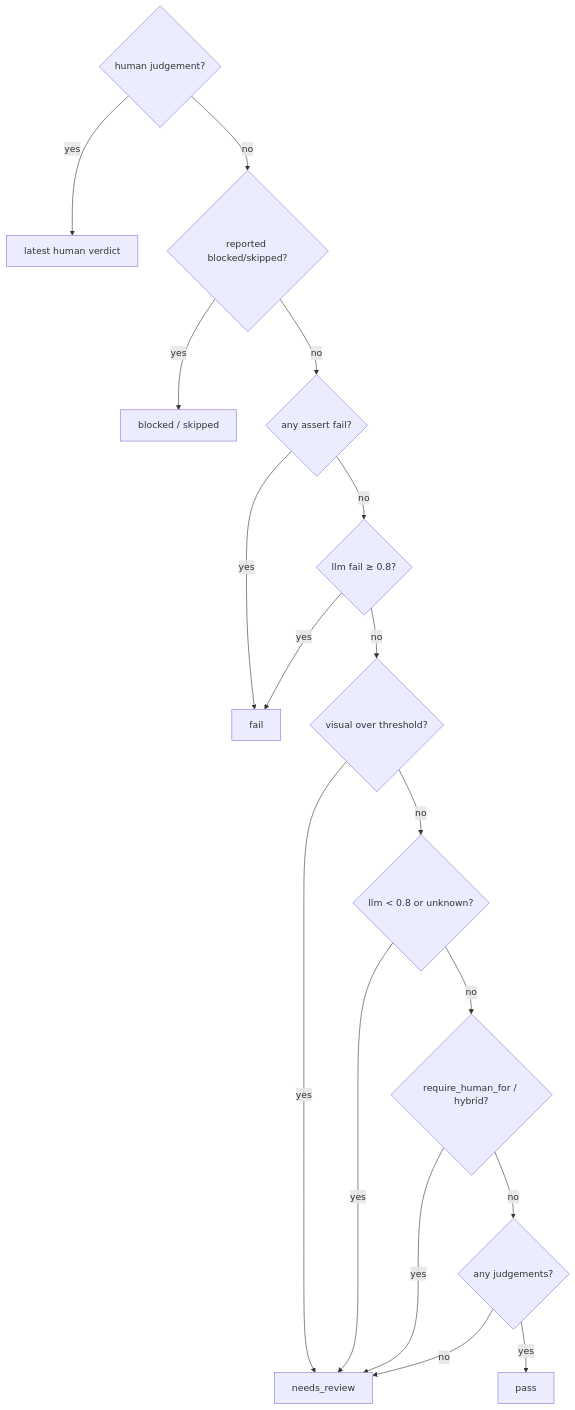
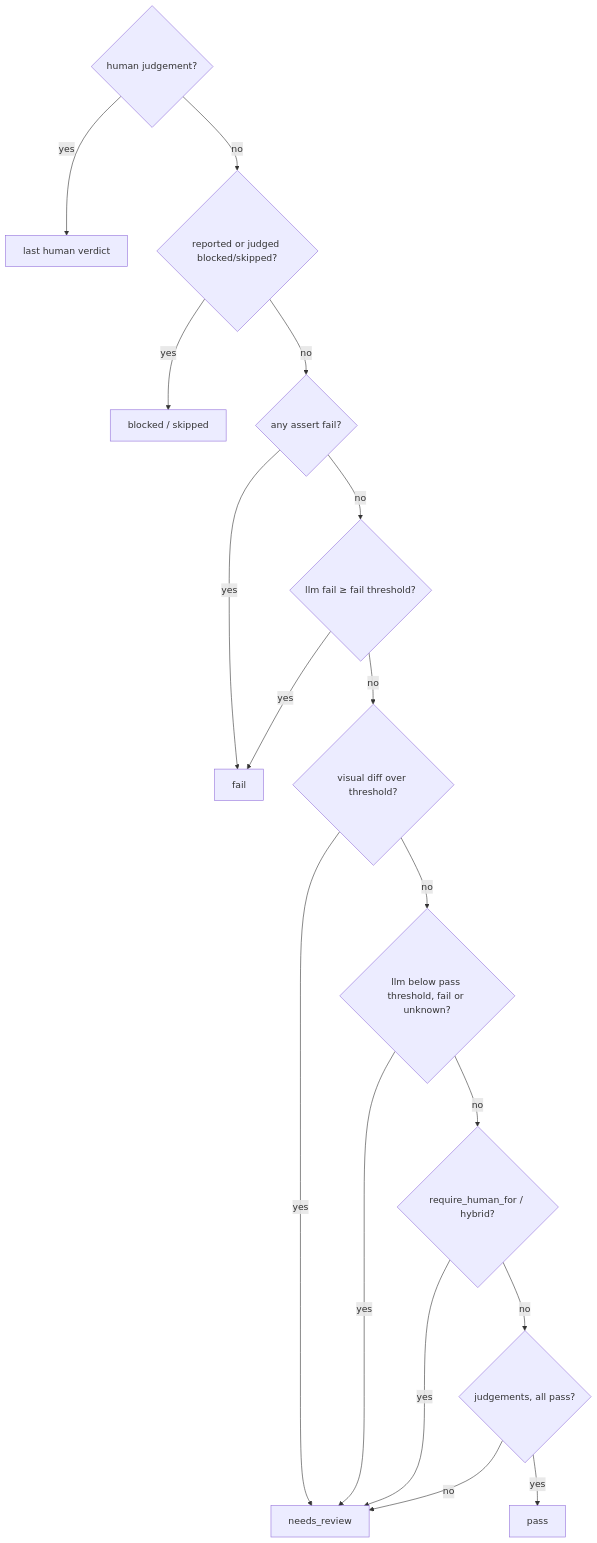
Before and after one commit to INDXDev/indx-watch: the second of 3 diagrams in docs/spec/concepts.md, drawn with Mermaid. The commit also changed other lines of this file and 40 other files, not shown here.

````diff
--- a/docs/spec/concepts.md
+++ b/docs/spec/concepts.md
@@ -124,12 +130,12 @@
 ```mermaid
 flowchart TD
-  A{human judgement?} -- yes --> H[latest human verdict]
-  A -- no --> B{reported blocked/skipped?} -- yes --> BL[blocked / skipped]
+  A{human judgement?} -- yes --> H[last human verdict]
+  A -- no --> B{reported or judged blocked/skipped?} -- yes --> BL[blocked / skipped]
   B -- no --> C{any assert fail?} -- yes --> F[fail]
-  C -- no --> D{llm fail ≥ 0.8?} -- yes --> F
-  D -- no --> E{visual over threshold?} -- yes --> R[needs_review]
-  E -- no --> G{llm < 0.8 or unknown?} -- yes --> R
+  C -- no --> D{llm fail ≥ fail threshold?} -- yes --> F
+  D -- no --> E{visual diff over threshold?} -- yes --> R[needs_review]
+  E -- no --> G{llm below pass threshold, fail or unknown?} -- yes --> R
   G -- no --> I{require_human_for / hybrid?} -- yes --> R
-  I -- no --> K{any judgements?} -- yes --> P[pass]
+  I -- no --> K{judgements, all pass?} -- yes --> P[pass]
   K -- no --> R
 ```
````
